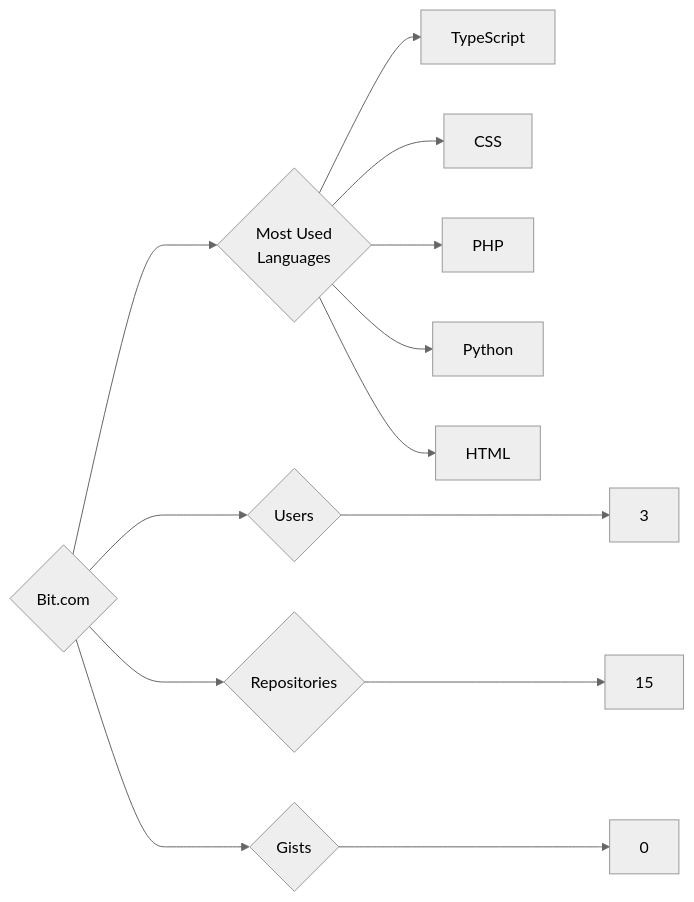
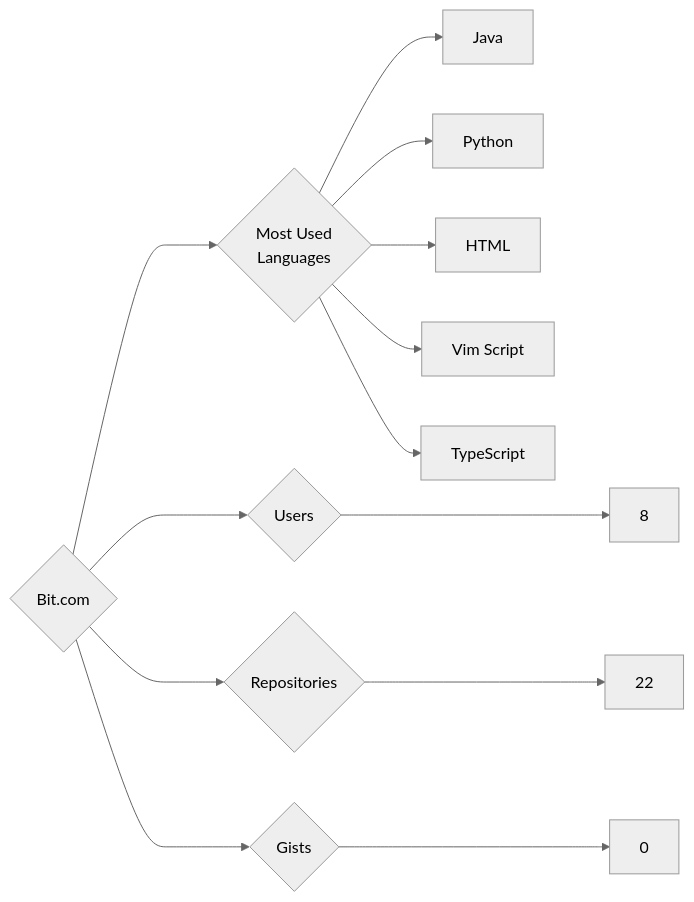
The diagram in targets/Bit.com/README.md (trickest/insiders), drawn with Mermaid (neutral theme) before and after one commit. The commit also changed 1149 other files, not shown here.

````diff
--- a/targets/Bit.com/README.md
+++ b/targets/Bit.com/README.md
@@ -3,13 +3,13 @@
 ```mermaid
 graph LR
 COMPANY_NAME{Bit.com}
-COMPANY_NAME ---> U{Users} ---> UN[3]
-COMPANY_NAME ---> R{Repositories} ---> RN[15]
+COMPANY_NAME ---> U{Users} ---> UN[8]
+COMPANY_NAME ---> R{Repositories} ---> RN[22]
 COMPANY_NAME ---> G{Gists} ---> GN[0]
 COMPANY_NAME ---> ML{Most Used<br>Languages}
-ML --> TypeScript[TypeScript]
-ML --> CSS[CSS]
-ML --> PHP[PHP]
+ML --> Java[Java]
 ML --> Python[Python]
 ML --> HTML[HTML]
+ML --> Vim_Script[Vim Script]
+ML --> TypeScript[TypeScript]
 ```
````
